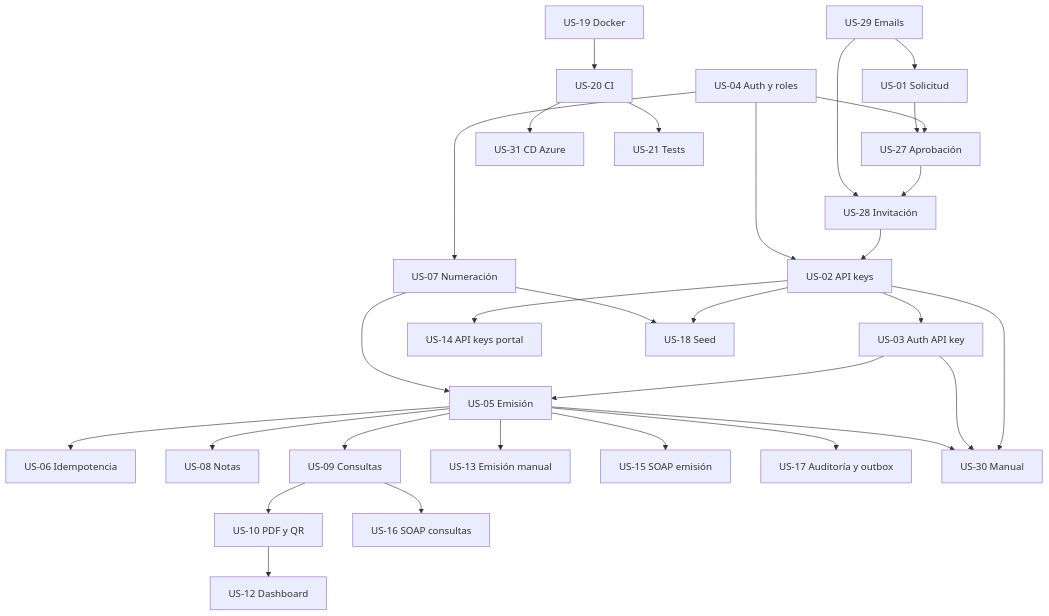
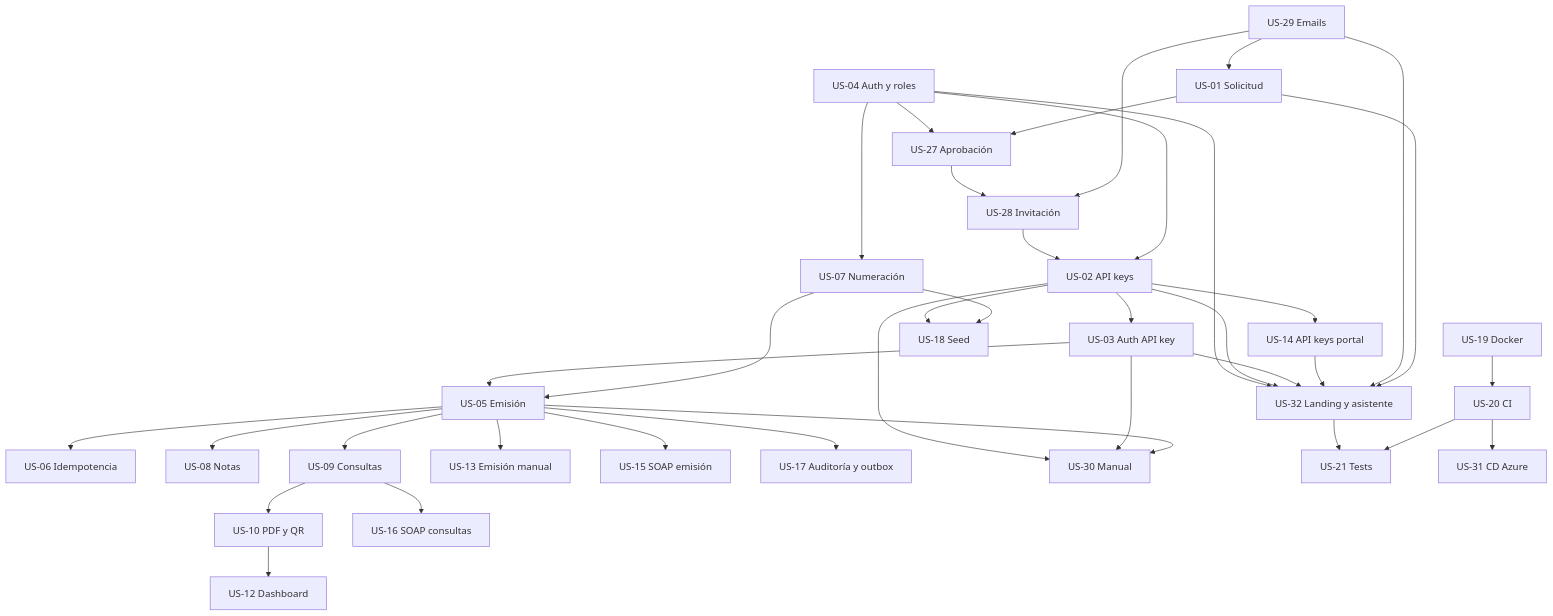
Before and after one commit to FT-Key/FacturAR: the diagram in docs/historias-usuario/README.md, drawn with Mermaid. The commit also changed other lines of this file and 5 other files, not shown here.

Commit message:
docs(us-32): crear historia de landing publica y asistente

````diff
--- a/docs/historias-usuario/README.md
+++ b/docs/historias-usuario/README.md
@@ -164,32 +166,39 @@
 ```mermaid
 flowchart TD
     US04[US-04 Auth y roles] --> US27[US-27 Aprobación]
     US29[US-29 Emails] --> US01[US-01 Solicitud]
     US01 --> US27
     US27 --> US28[US-28 Invitación]
     US29 --> US28
     US28 --> US02[US-02 API keys]
     US04 --> US02
     US02 --> US03[US-03 Auth API key]
     US04 --> US07[US-07 Numeración]
     US03 --> US05[US-05 Emisión]
     US07 --> US05
     US05 --> US06[US-06 Idempotencia]
     US05 --> US08[US-08 Notas]
     US05 --> US09[US-09 Consultas]
     US09 --> US10[US-10 PDF y QR]
     US10 --> US12[US-12 Dashboard]
     US05 --> US13[US-13 Emisión manual]
     US02 --> US14[US-14 API keys portal]
     US05 --> US15[US-15 SOAP emisión]
     US09 --> US16[US-16 SOAP consultas]
     US05 --> US17[US-17 Auditoría y outbox]
     US02 --> US18[US-18 Seed]
     US07 --> US18
     US02 --> US30[US-30 Manual]
     US03 --> US30
     US05 --> US30
+    US04 --> US32[US-32 Landing y asistente]
+    US02 --> US32
+    US03 --> US32
+    US14 --> US32
+    US29 --> US32
+    US01 --> US32
+    US32 --> US21
     US19[US-19 Docker] --> US20[US-20 CI]
     US20 --> US31[US-31 CD Azure]
     US20 --> US21[US-21 Tests]
 ```
````
